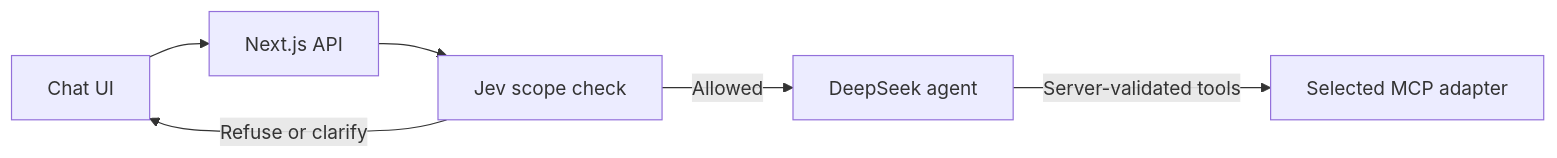
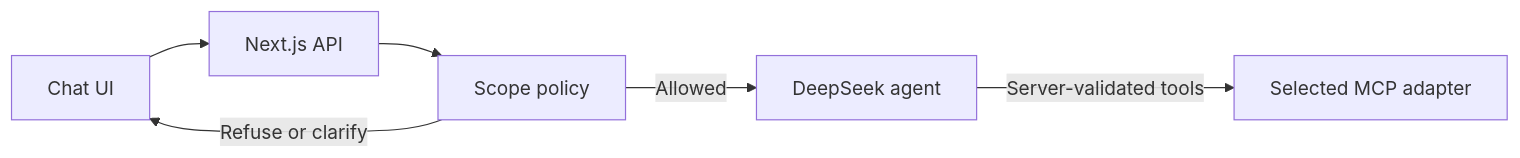
Before and after one commit to SantiagoJimenezQ/zen-conversational-workspace: the first of 2 diagrams in README.md, drawn with Mermaid. The commit also changed other lines of this file and 28 other files, not shown here.

Commit message:
Improve mock demo workflows and explain agent architecture

````diff
--- a/README.md
+++ b/README.md
@@ -122,8 +131,8 @@
 ```mermaid
 flowchart LR
     UI[Chat UI] --> API[Next.js API]
-    API --> Scope[Jev scope check]
+    API --> Scope[Scope policy]
     Scope -->|Allowed| Agent[DeepSeek agent]
     Agent -->|Server-validated tools| Mock[Selected MCP adapter]
     Scope -->|Refuse or clarify| UI
 ```
````
